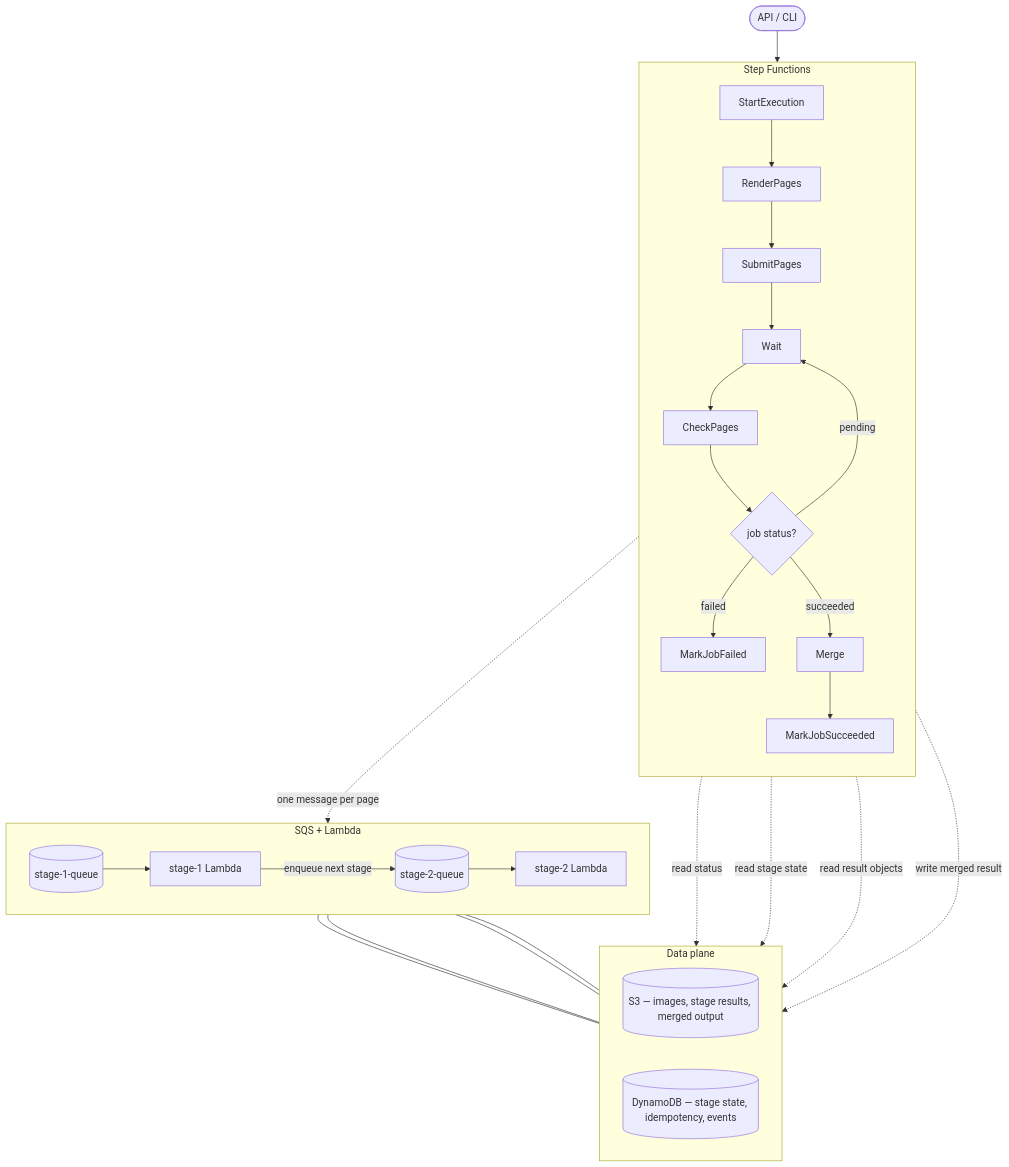
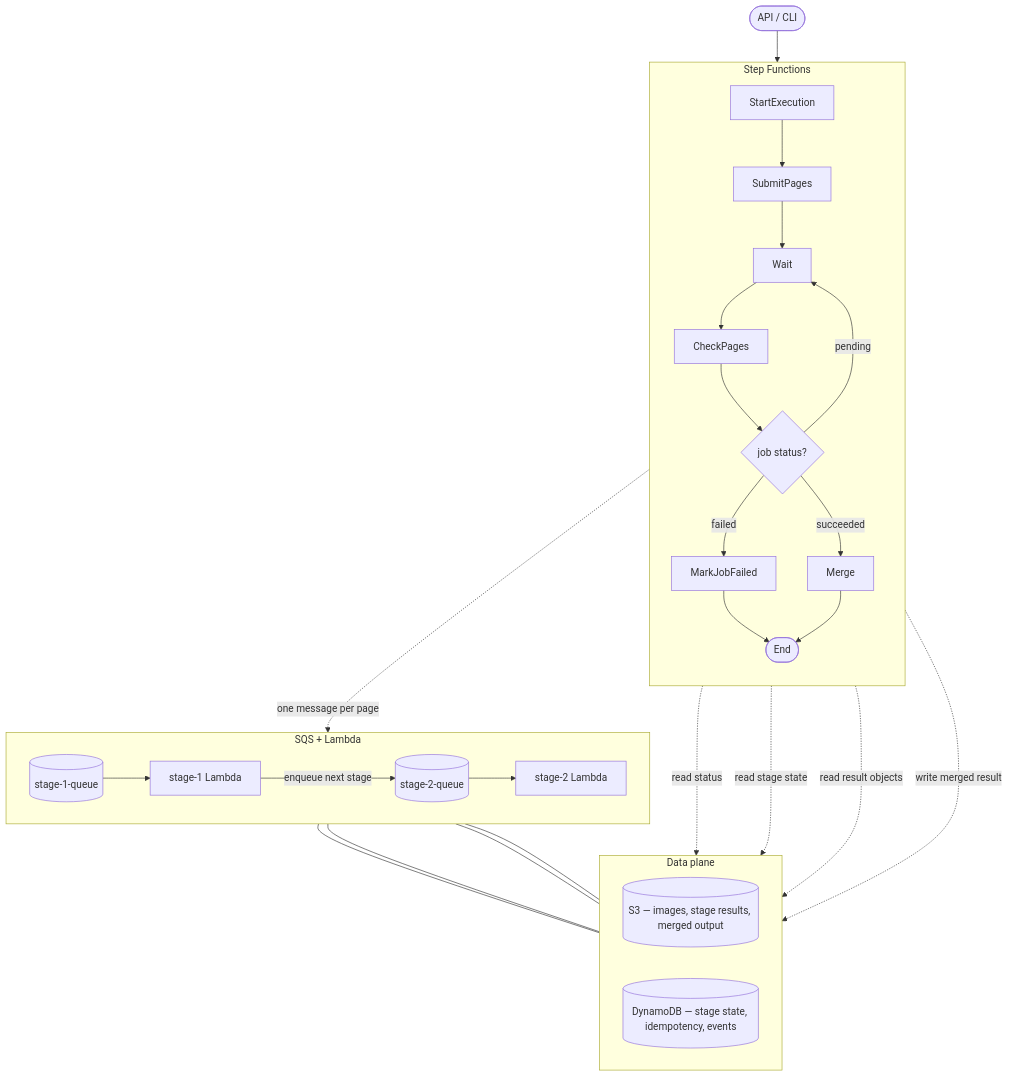
Before and after one commit to keix/lady-glass: the diagram in README.md, drawn with Mermaid. The commit also changed 2 other files, not shown here.

First paragraph of the commit message:
Anchor "Success is committed by Merge" + drop fictional Mermaid nodes
Three coordinated changes that bring the docs and the workflow's
intent into alignment.

````diff
--- a/README.md
+++ b/README.md
@@ -16,41 +16,41 @@
 ```mermaid
 flowchart TB
     User([API / CLI]) --> StartExec[StartExecution]
 
     subgraph SFN["Step Functions"]
         direction TB
-        StartExec --> RenderPages
-        RenderPages --> SubmitPages
+        StartExec --> SubmitPages
         SubmitPages --> WaitLoop[Wait]
         WaitLoop --> CheckPages
         CheckPages --> Choice{job status?}
         Choice -- pending --> WaitLoop
         Choice -- failed --> MarkFailed[MarkJobFailed]
         Choice -- succeeded --> Merge
-        Merge --> MarkSucceeded[MarkJobSucceeded]
+        MarkFailed --> Done([End])
+        Merge --> Done
     end
 
     subgraph CHAIN["SQS + Lambda"]
         direction LR
         Q1[(stage-1-queue)] --> L1[stage-1 Lambda]
         L1 -- enqueue next stage --> Q2[(stage-2-queue)]
         Q2 --> L2[stage-2 Lambda]
     end
 
     subgraph DATA["Data plane"]
         direction LR
         S3[(S3 — images, stage results, merged output)]
         DDB[(DynamoDB — stage state, idempotency, events)]
     end
 
     SubmitPages -. one message per page .-> Q1
     CheckPages -. read status .-> DDB
     Merge -. read stage state .-> DDB
     Merge -. read result objects .-> S3
     Merge -. write merged result .-> S3
 
     L1 --- S3
     L1 --- DDB
     L2 --- S3
     L2 --- DDB
 ```
````
